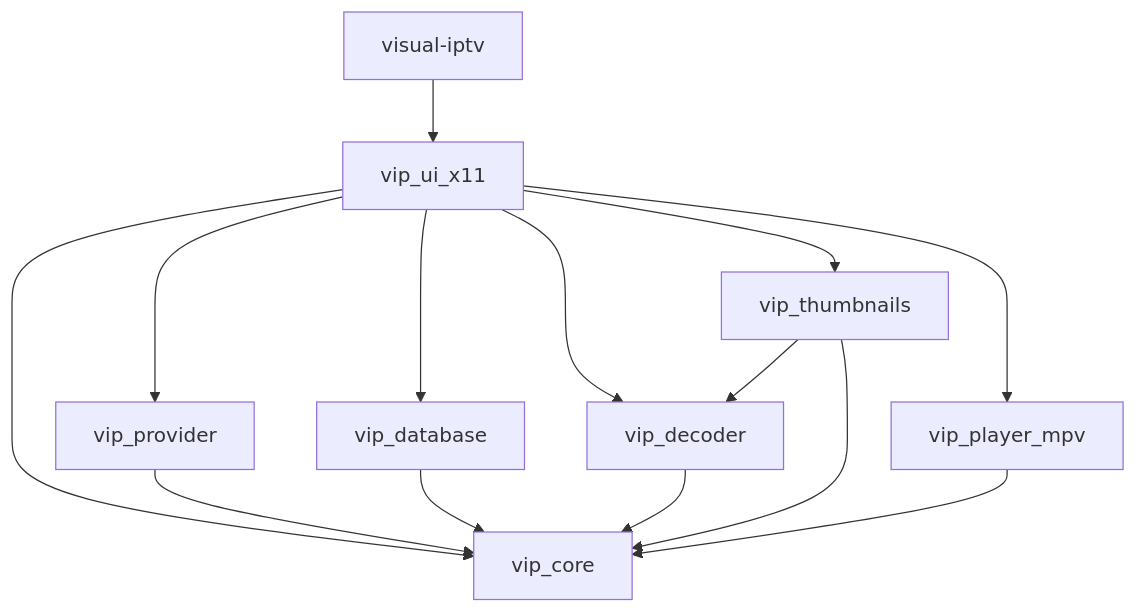
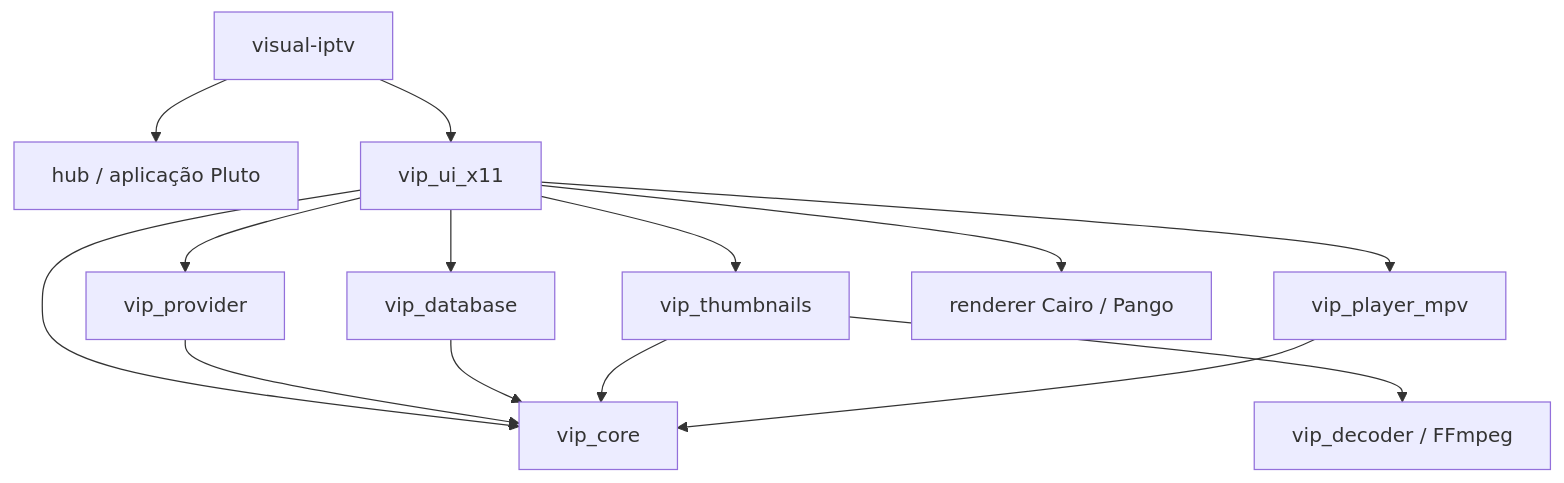
One commit to xoykor/blazzing changed the first of 2 diagrams in docs/ARCHITECTURE.pt-BR.md. Above: the diagram before and after it, drawn with Mermaid. The commit also changed other lines of this file, not shown here.

Commit message:
docs: align Portuguese architecture with final design

````diff
--- a/docs/ARCHITECTURE.pt-BR.md
+++ b/docs/ARCHITECTURE.pt-BR.md
@@ -11,16 +13,16 @@
 ```mermaid
 graph TD
-    APP[visual-iptv] --> UI[vip_ui_x11]
+    APP[visual-iptv] --> HUB[hub / aplicação Pluto]
+    APP --> UI[vip_ui_x11]
     UI --> CORE[vip_core]
     UI --> PROVIDER[vip_provider]
     UI --> DB[vip_database]
-    UI --> DECODER[vip_decoder]
     UI --> THUMBS[vip_thumbnails]
     UI --> PLAYER[vip_player_mpv]
+    UI --> RENDER[renderer Cairo / Pango]
     PROVIDER --> CORE
     DB --> CORE
-    DECODER --> CORE
     THUMBS --> CORE
-    THUMBS --> DECODER
+    THUMBS --> DECODER[vip_decoder / FFmpeg]
     PLAYER --> CORE
 ```
````
